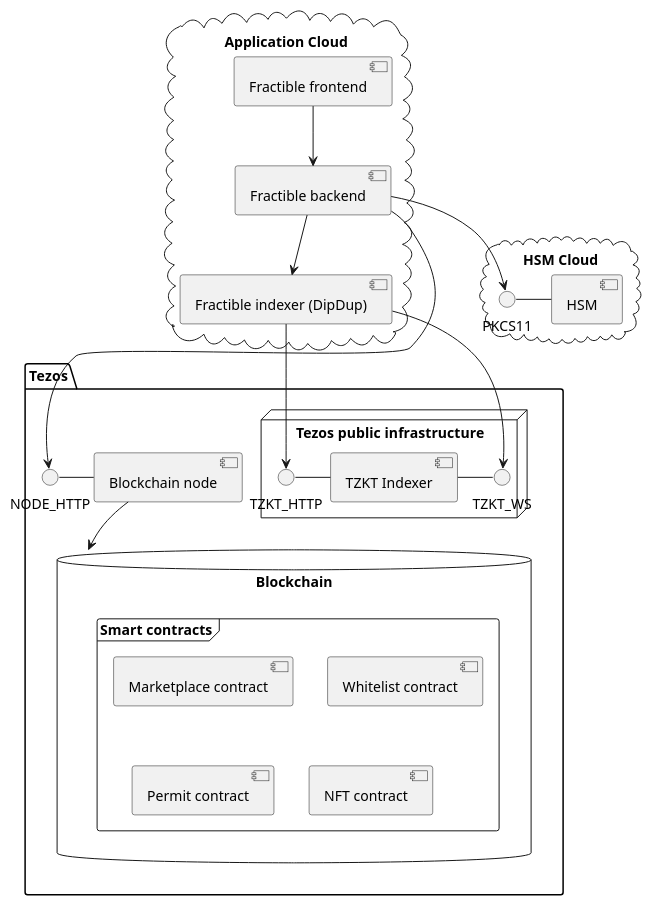
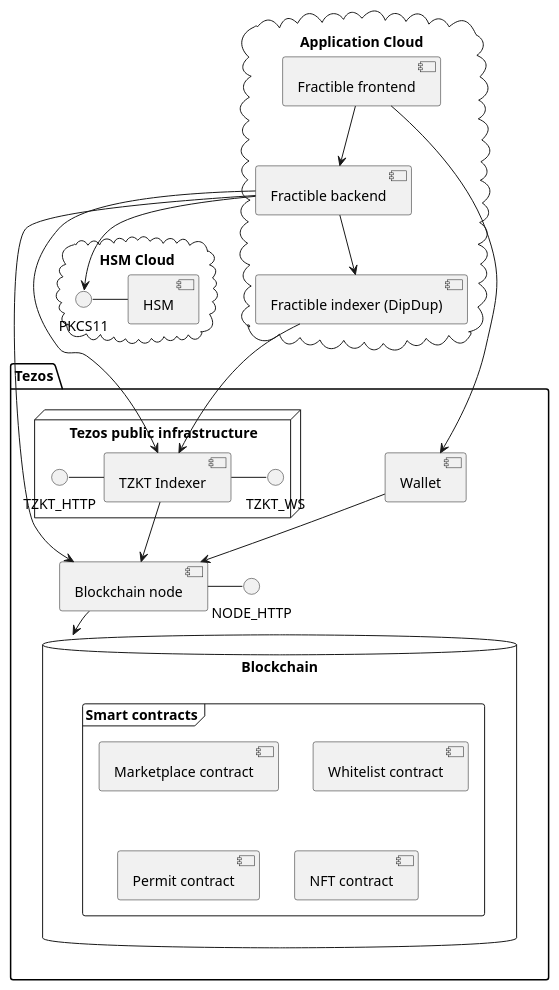
One commit to fractible/fractible-contracts changed the diagram in diagrams/architecture.puml. Above: the diagram before and after it, drawn with PlantUML.

Commit message:
update archi diagram

```diff
--- a/diagrams/architecture.puml
+++ b/diagrams/architecture.puml
@@ -1,41 +1,44 @@
 @startuml
 package "Tezos" {
-  NODE_HTTP - [Blockchain node]
+  [Wallet]
+  [Blockchain node] - NODE_HTTP
   database "Blockchain" {
     frame "Smart contracts" {
        [Marketplace contract]
        [Whitelist contract]
        [Permit contract]
        [NFT contract]
     }
   }
   node "Tezos public infrastructure" {
     TZKT_HTTP - [TZKT Indexer]
     [TZKT Indexer] - TZKT_WS
 
   }
 }
 
 
 
 cloud "Application Cloud" {
   [Fractible frontend]
   [Fractible indexer (DipDup)]
   [Fractible backend]
 }
 
 cloud "HSM Cloud" {
   PKCS11 - [HSM]
 }
 
 
 
 [Fractible backend] --> PKCS11
 [Fractible frontend] --> [Fractible backend]
-[Fractible backend] --> NODE_HTTP
+[Fractible backend] --> [TZKT Indexer]
+[Fractible backend] --> [Blockchain node]
 [Fractible backend] --> [Fractible indexer (DipDup)]
-
-[Fractible indexer (DipDup)] --> TZKT_HTTP
-[Fractible indexer (DipDup)] --> TZKT_WS
+[Fractible frontend] --> [Wallet]
+[TZKT Indexer] --> [Blockchain node]
+[Wallet] --> [Blockchain node]
+[Fractible indexer (DipDup)] --> [TZKT Indexer]
 [Blockchain node] --> Blockchain
 @enduml
```
